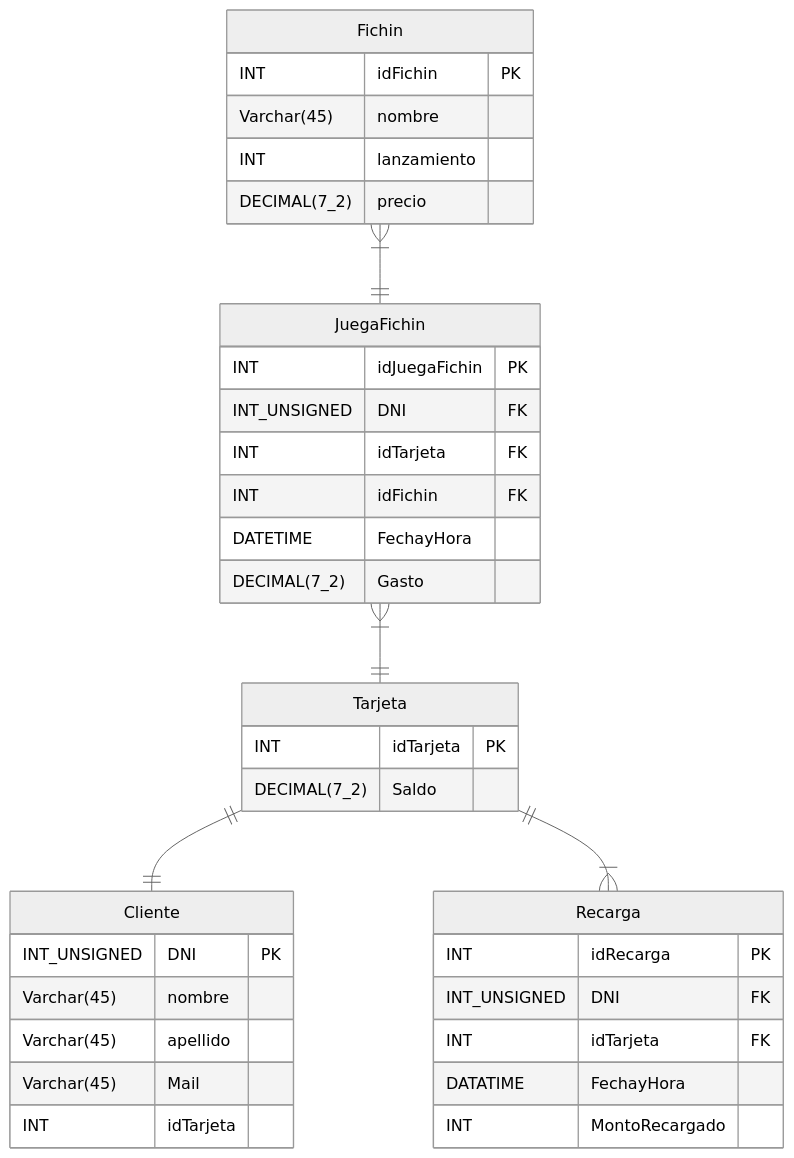
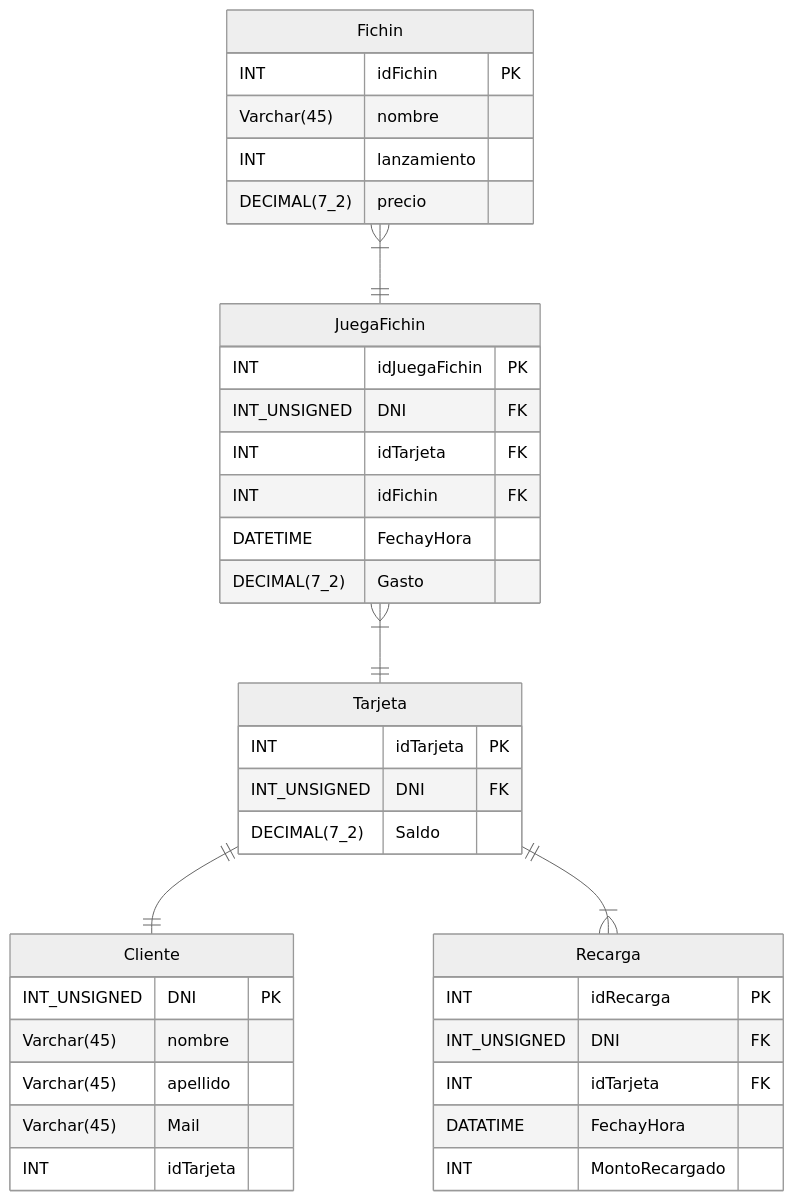
The diagram in README.md (NoeliaAT/T.P.Fichines), drawn with Mermaid (neutral theme) before and after one commit. The commit also changed 4 other files, not shown here.

````diff
--- a/README.md
+++ b/README.md
@@ -1,47 +1,48 @@
 ```mermaid
 erDiagram
         Fichin{
             
             INT idFichin PK
             Varchar(45) nombre 
             INT lanzamiento 
             DECIMAL(7_2) precio 
         }
         Cliente{
             
             INT_UNSIGNED DNI PK
             Varchar(45) nombre 
             Varchar(45) apellido 
             Varchar(45) Mail 
             INT idTarjeta 
         }
         Recarga{
             
             INT idRecarga PK
             INT_UNSIGNED DNI FK
             INT idTarjeta FK
             DATATIME FechayHora
             INT MontoRecargado
         }
         Tarjeta{
 
             INT idTarjeta PK
+            INT_UNSIGNED DNI FK
             DECIMAL(7_2) Saldo
         }
         JuegaFichin{
             
             INT idJuegaFichin PK
             INT_UNSIGNED DNI FK
             INT idTarjeta FK
             INT idFichin FK
             DATETIME FechayHora
             DECIMAL(7_2) Gasto
         }
     
         Tarjeta ||--|| Cliente : ""
         Tarjeta ||--|{ Recarga : ""
         JuegaFichin }|--|| Tarjeta : ""
         Fichin }|--|| JuegaFichin : ""
         
 
 ```
````
